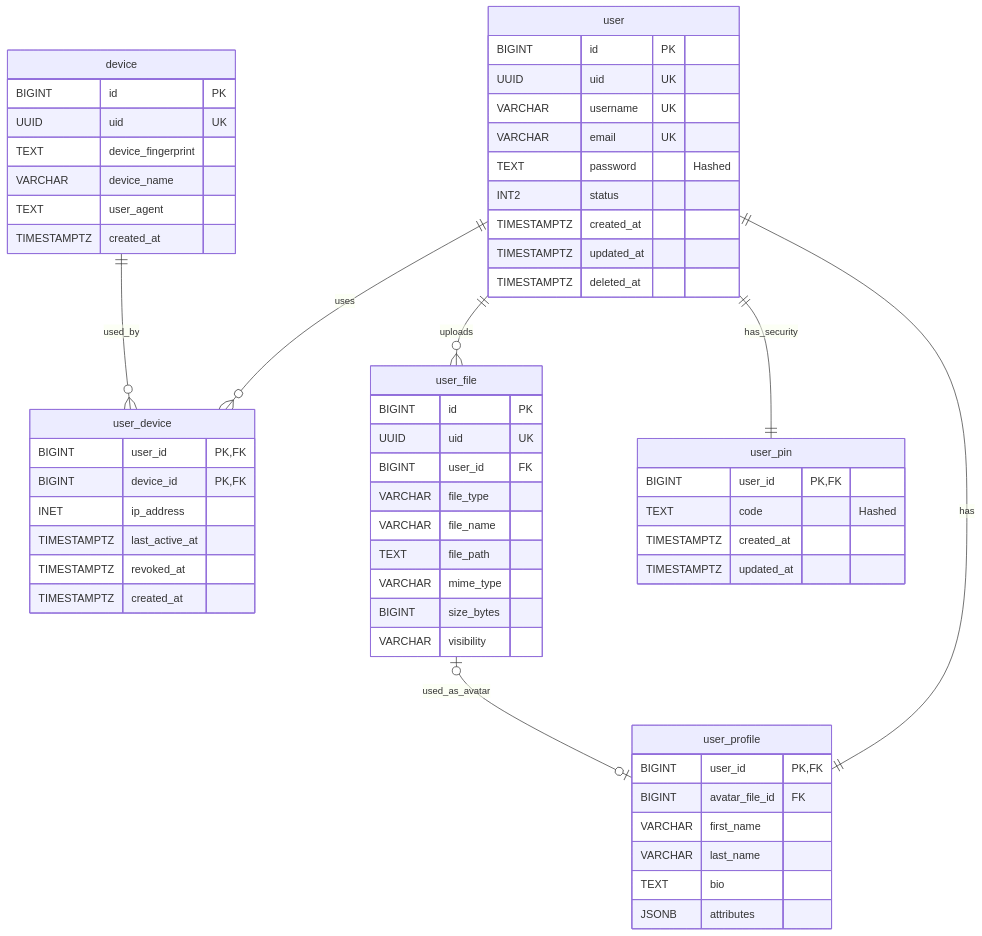
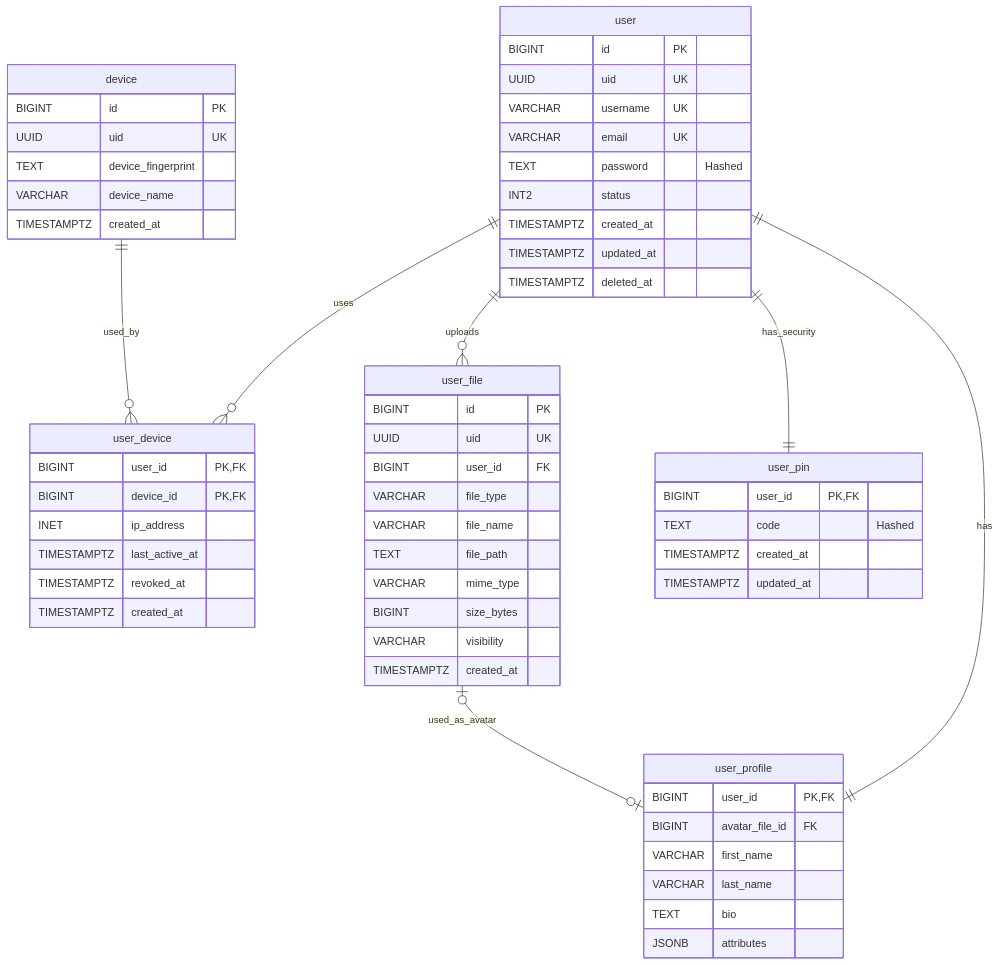
One commit to adityakw90/service-user-db changed the diagram in README.md. Above: the diagram before and after it, drawn with Mermaid. The commit also changed 2 other files, not shown here.

````diff
--- a/README.md
+++ b/README.md
@@ -19,67 +19,67 @@
 ```mermaid
 erDiagram
     user {
         BIGINT id PK
         UUID uid UK
         VARCHAR username UK
         VARCHAR email UK
         TEXT password "Hashed"
         INT2 status
         TIMESTAMPTZ created_at
         TIMESTAMPTZ updated_at
         TIMESTAMPTZ deleted_at
     }
 
     user_profile {
         BIGINT user_id PK,FK
         BIGINT avatar_file_id FK
         VARCHAR first_name
         VARCHAR last_name
         TEXT bio
         JSONB attributes
     }
 
     device {
         BIGINT id PK
         UUID uid UK
         TEXT device_fingerprint
         VARCHAR device_name
-        TEXT user_agent
         TIMESTAMPTZ created_at
     }
 
     user_device {
         BIGINT user_id PK,FK
         BIGINT device_id PK,FK
         INET ip_address
         TIMESTAMPTZ last_active_at
         TIMESTAMPTZ revoked_at
         TIMESTAMPTZ created_at
     }
 
     user_file {
         BIGINT id PK
         UUID uid UK
         BIGINT user_id FK
         VARCHAR file_type
         VARCHAR file_name
         TEXT file_path
         VARCHAR mime_type
         BIGINT size_bytes
         VARCHAR visibility
+        TIMESTAMPTZ created_at
     }
 
     user_pin {
         BIGINT user_id PK,FK
         TEXT code "Hashed"
         TIMESTAMPTZ created_at
         TIMESTAMPTZ updated_at
     }
 
     user ||--|| user_profile : "has"
     user ||--o{ user_device : "uses"
     device ||--o{ user_device : "used_by"
     user ||--o{ user_file : "uploads"
     user ||--|| user_pin : "has_security"
     user_file |o--o| user_profile : "used_as_avatar"
 ```
````
